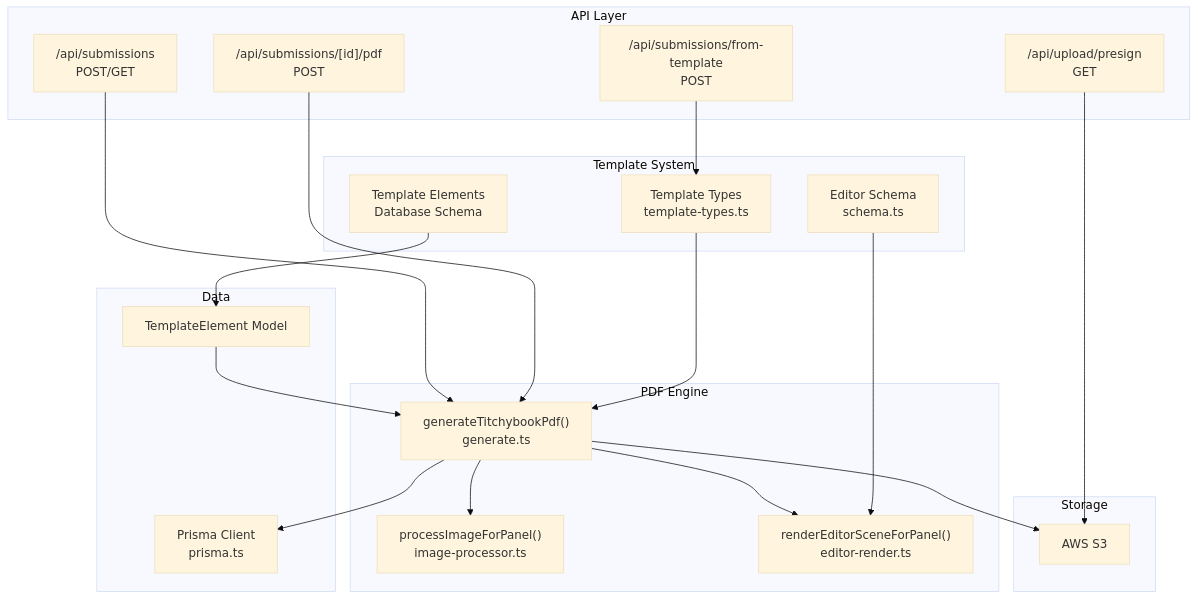
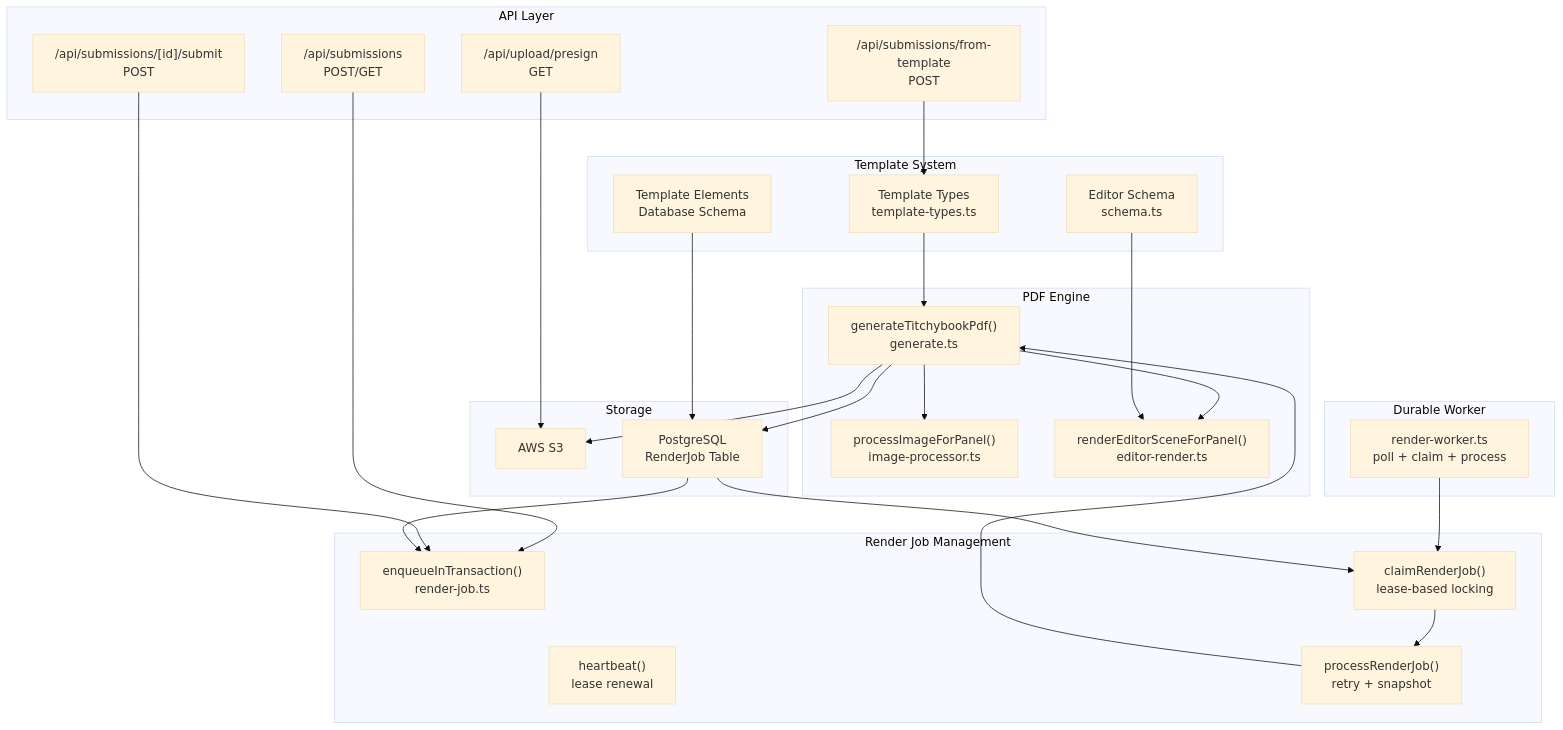
Before and after one commit to Crowdspender/titchybooks-app: the first of 8 diagrams in .qoder/repowiki/en/content/PDF Generation Engine/PDF Generation Engine.md, drawn with Mermaid (base theme). The commit also changed other lines of this file and 23 other files, not shown here.

Commit message:
fix: address CodeRabbit review findings (docs accuracy, error UI, editor history, render snapshot)

````diff
--- a/.qoder/repowiki/en/content/PDF Generation Engine/PDF Generation Engine.md
+++ b/.qoder/repowiki/en/content/PDF Generation Engine/PDF Generation Engine.md
@@ -59,38 +66,48 @@
 ```mermaid
 graph TB
 subgraph "API Layer"
 A1["/api/submissions<br/>POST/GET"]
-A2["/api/submissions/[id]/pdf<br/>POST"]
+A2["/api/submissions/[id]/submit<br/>POST"]
 A3["/api/upload/presign<br/>GET"]
 A4["/api/submissions/from-template<br/>POST"]
+end
+subgraph "Render Job Management"
+J1["enqueueInTransaction()<br/>render-job.ts"]
+J2["claimRenderJob()<br/>lease-based locking"]
+J3["heartbeat()<br/>lease renewal"]
+J4["processRenderJob()<br/>retry + snapshot"]
 end
 subgraph "PDF Engine"
 E1["generateTitchybookPdf()<br/>generate.ts"]
 E2["processImageForPanel()<br/>image-processor.ts"]
 E3["renderEditorSceneForPanel()<br/>editor-render.ts"]
+end
+subgraph "Durable Worker"
+W1["render-worker.ts<br/>poll + claim + process"]
 end
 subgraph "Template System"
 T1["Template Types<br/>template-types.ts"]
 T2["Editor Schema<br/>schema.ts"]
 T3["Template Elements<br/>Database Schema"]
 end
 subgraph "Storage"
 S3["AWS S3"]
+DB["PostgreSQL<br/>RenderJob Table"]
 end
-subgraph "Data"
-D1["Prisma Client<br/>prisma.ts"]
-D2["TemplateElement Model"]
-end
-A1 --> E1
-A2 --> E1
+A1 --> J1
+A2 --> J1
 A3 --> S3
 A4 --> T1
-E1 --> D1
+W1 --> J2
+J2 --> J4
+J4 --> E1
+E1 --> DB
 E1 --> S3
 E1 --> E2
 E1 --> E3
 T1 --> E1
 T2 --> E3
-T3 --> D2
-D2 --> E1
+T3 --> DB
+DB --> J1
+DB --> J2
 ```
````
